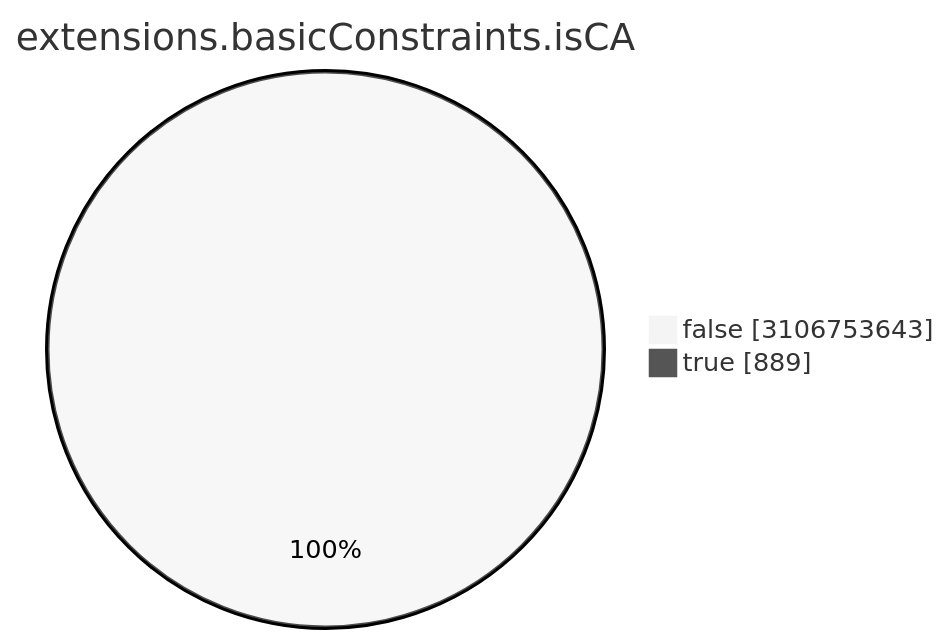
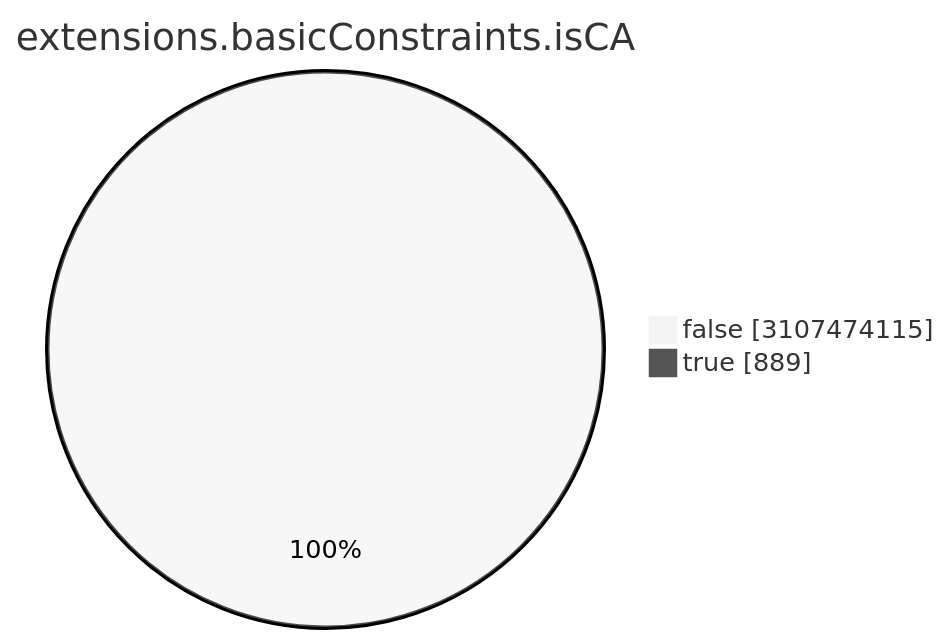
Before and after one commit to christiankrug/ctmonitor_visualization: the seventh of 15 diagrams in TOTAL/README.md, drawn with Mermaid (neutral theme). The commit also changed other lines of this file, not shown here.

````diff
--- a/TOTAL/README.md
+++ b/TOTAL/README.md
@@ -3088,6 +3088,6 @@
 ```mermaid
 pie showData
 title extensions.basicConstraints.isCA
-"false" :3106753643
+"false" :3107474115
 "true" :889
 ```
````
